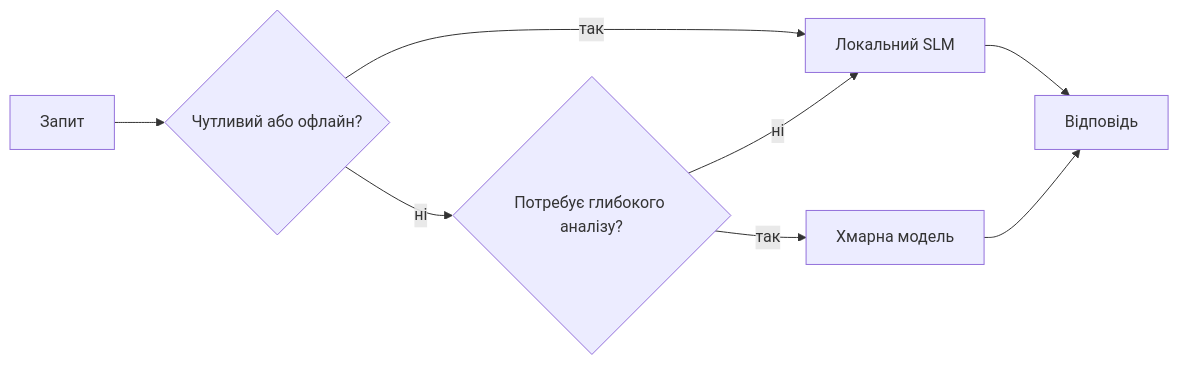
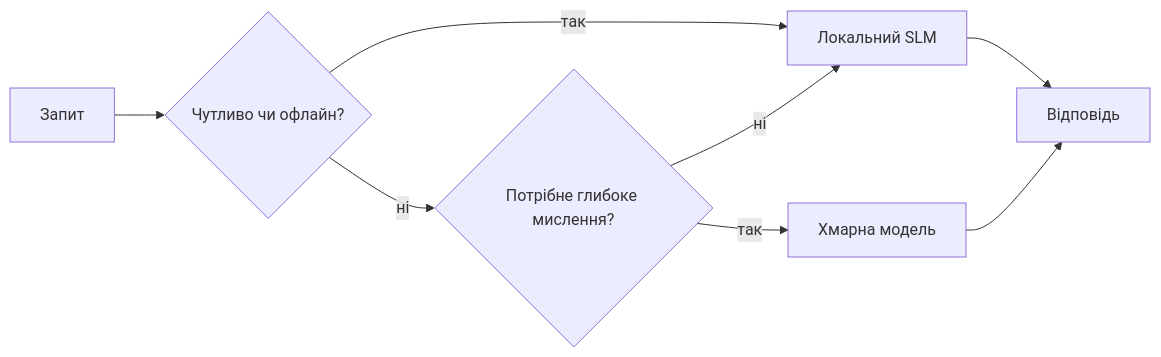
One commit to microsoft/ai-agents-for-beginners changed the fourth of 4 diagrams in translations/uk/17-creating-local-ai-agents/README.md. Above: the diagram before and after it, drawn with Mermaid. The commit also changed other lines of this file and 45 other files, not shown here.

````diff
--- a/translations/uk/17-creating-local-ai-agents/README.md
+++ b/translations/uk/17-creating-local-ai-agents/README.md
@@ -156,10 +156,10 @@
 ```mermaid
 flowchart LR
-    Q[Запит] --> S{Чутливий або офлайн?}
+    Q[Запит] --> S{Чутливо чи офлайн?}
     S -->|так| L[Локальний SLM]
-    S -->|ні| C{Потребує глибокого аналізу?}
+    S -->|ні| C{Потрібне глибоке мислення?}
     C -->|ні| L
     C -->|так| Cloud[Хмарна модель]
     L --> Out[Відповідь]
     Cloud --> Out
 ```
````
